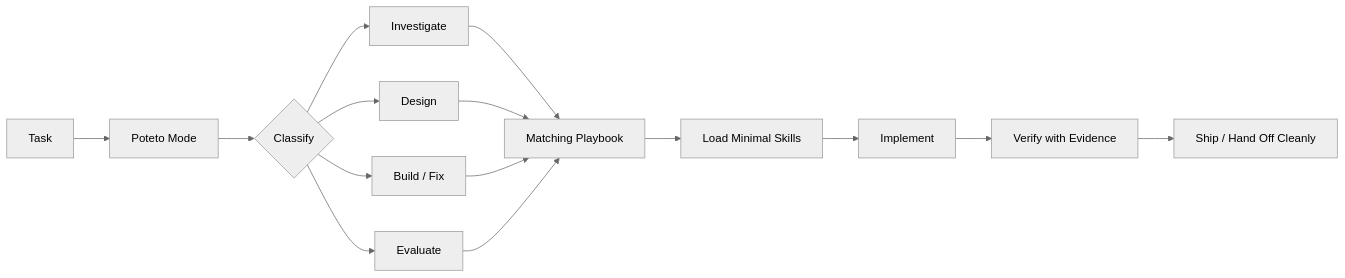
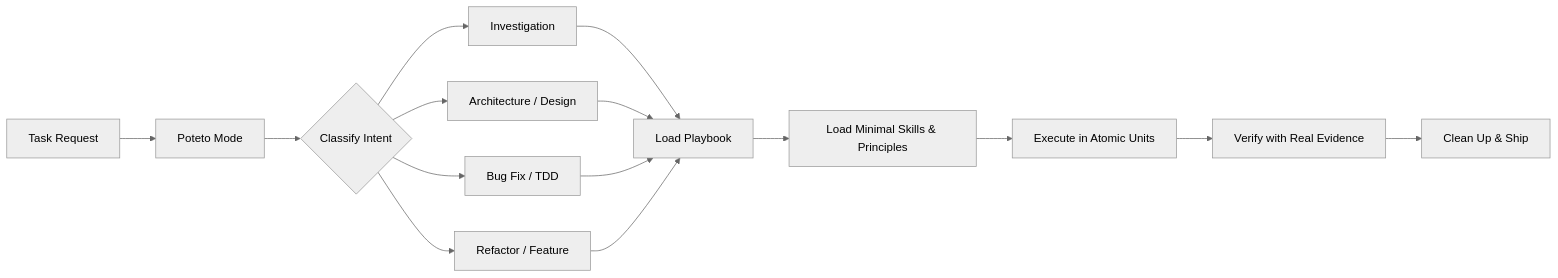
One commit to TheOnlyFusionCube/potetos-for-everyone changed the diagram in README.md. Above: the diagram before and after it, drawn with Mermaid (neutral theme). The commit also changed other lines of this file and 33 other files, not shown here.

````diff
--- a/README.md
+++ b/README.md
@@ -105,17 +170,17 @@
 ```mermaid
 flowchart LR
-    A[Task] --> B[Poteto Mode]
-    B --> C{Classify}
-    C --> D[Investigate]
-    C --> E[Design]
-    C --> F[Build / Fix]
-    C --> G[Evaluate]
-    D --> H[Matching Playbook]
+    A[Task Request] --> B[Poteto Mode]
+    B --> C{Classify Intent}
+    C --> D[Investigation]
+    C --> E[Architecture / Design]
+    C --> F[Bug Fix / TDD]
+    C --> G[Refactor / Feature]
+    D --> H[Load Playbook]
     E --> H
     F --> H
     G --> H
-    H --> I[Load Minimal Skills]
-    I --> J[Implement]
-    J --> K[Verify with Evidence]
-    K --> L[Ship / Hand Off Cleanly]
+    H --> I[Load Minimal Skills & Principles]
+    I --> J[Execute in Atomic Units]
+    J --> K[Verify with Real Evidence]
+    K --> L[Clean Up & Ship]
 ```
````
